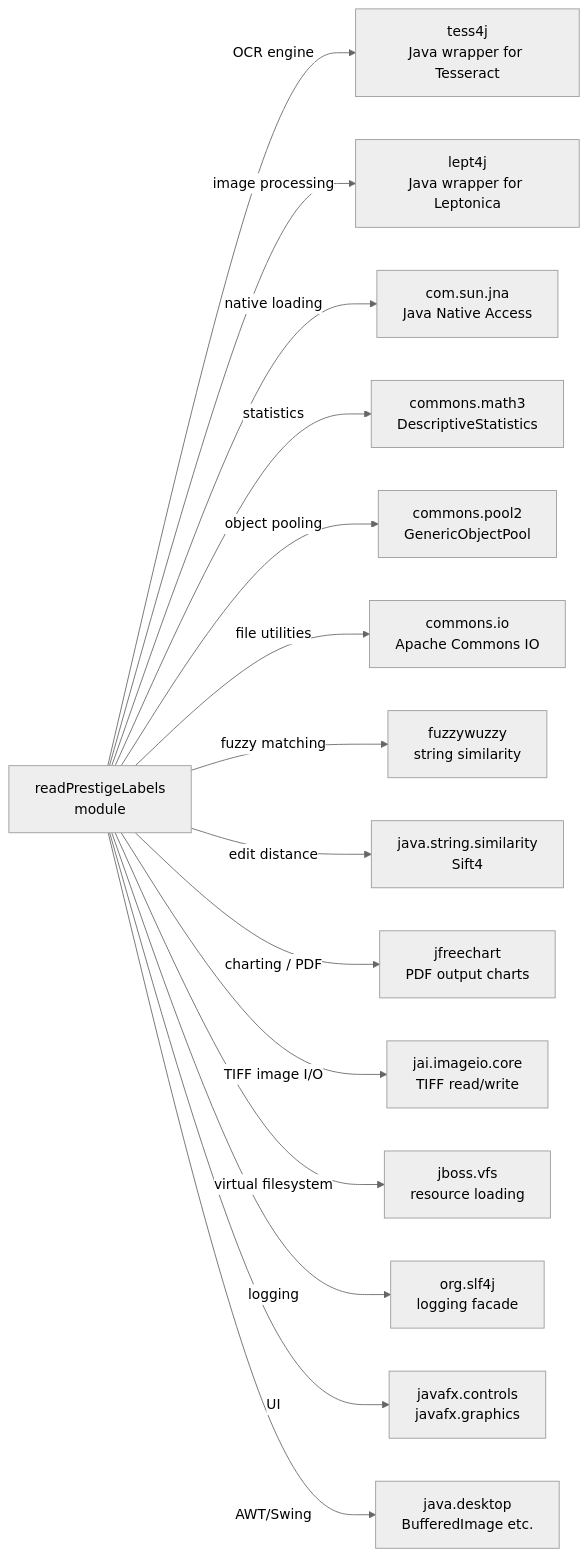
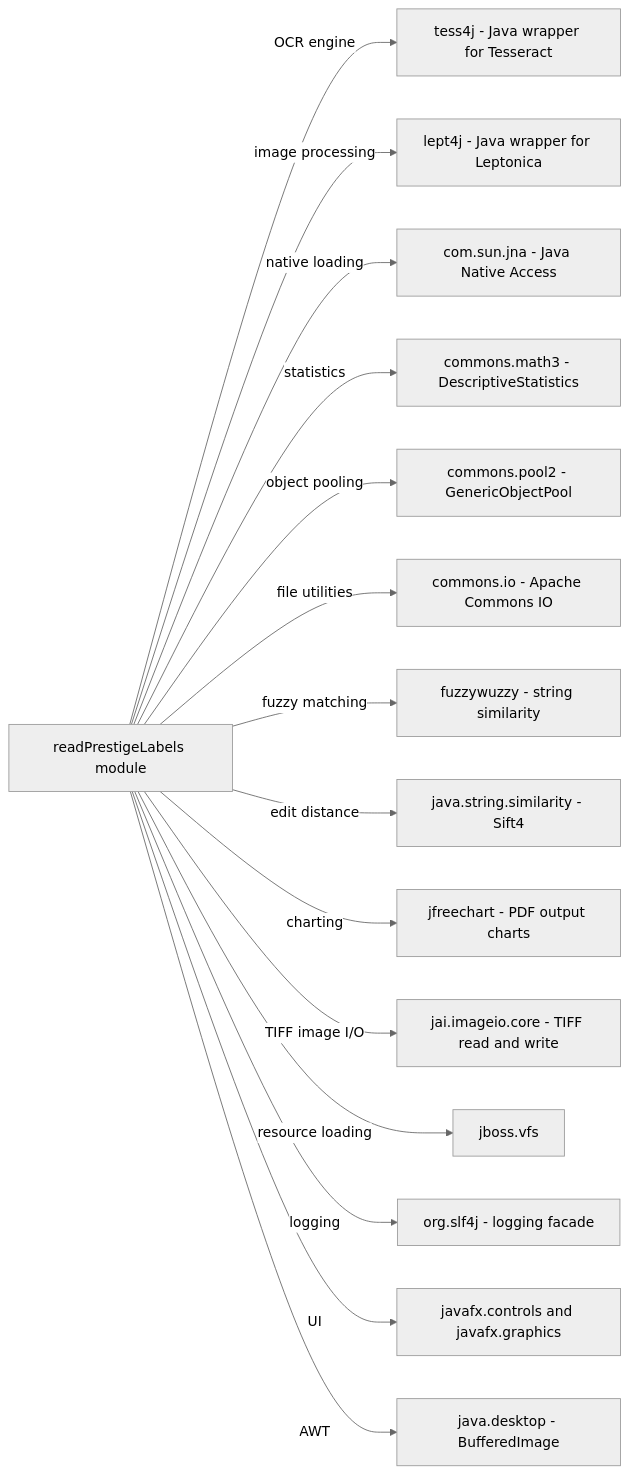
Before and after one commit to UBags/KitchenwarePackagingCompliance: diagram 15 of 15 in ReadMe.md, drawn with Mermaid (neutral theme). The commit also changed other lines of this file, not shown here.

````diff
--- a/ReadMe.md
+++ b/ReadMe.md
@@ -772,19 +700,18 @@
 ```mermaid
 graph LR
-    APP[readPrestigeLabels\nmodule]
-
-    APP -->|OCR engine| TESS4J[tess4j\nJava wrapper for Tesseract]
-    APP -->|image processing| LEPT4J[lept4j\nJava wrapper for Leptonica]
-    APP -->|native loading| JNA[com.sun.jna\nJava Native Access]
-    APP -->|statistics| MATH3[commons.math3\nDescriptiveStatistics]
-    APP -->|object pooling| POOL2[commons.pool2\nGenericObjectPool]
-    APP -->|file utilities| COMMONS_IO[commons.io\nApache Commons IO]
-    APP -->|fuzzy matching| FUZZY[fuzzywuzzy\nstring similarity]
-    APP -->|edit distance| SIFT4[java.string.similarity\nSift4]
-    APP -->|charting / PDF| JFREE[jfreechart\nPDF output charts]
-    APP -->|TIFF image I/O| JAI[jai.imageio.core\nTIFF read/write]
-    APP -->|virtual filesystem| JBOSS[jboss.vfs\nresource loading]
-    APP -->|logging| SLF4J[org.slf4j\nlogging facade]
-    APP -->|UI| JAVAFX[javafx.controls\njavafx.graphics]
-    APP -->|AWT/Swing| DESKTOP[java.desktop\nBufferedImage etc.]
+    APP["readPrestigeLabels module"]
+    APP -->|"OCR engine"| A["tess4j - Java wrapper for Tesseract"]
+    APP -->|"image processing"| B["lept4j - Java wrapper for Leptonica"]
+    APP -->|"native loading"| C["com.sun.jna - Java Native Access"]
+    APP -->|"statistics"| D["commons.math3 - DescriptiveStatistics"]
+    APP -->|"object pooling"| E["commons.pool2 - GenericObjectPool"]
+    APP -->|"file utilities"| F["commons.io - Apache Commons IO"]
+    APP -->|"fuzzy matching"| G["fuzzywuzzy - string similarity"]
+    APP -->|"edit distance"| H["java.string.similarity - Sift4"]
+    APP -->|"charting"| I["jfreechart - PDF output charts"]
+    APP -->|"TIFF image I/O"| J["jai.imageio.core - TIFF read and write"]
+    APP -->|"resource loading"| K["jboss.vfs"]
+    APP -->|"logging"| L["org.slf4j - logging facade"]
+    APP -->|"UI"| M["javafx.controls and javafx.graphics"]
+    APP -->|"AWT"| N["java.desktop - BufferedImage"]
 ```
````
